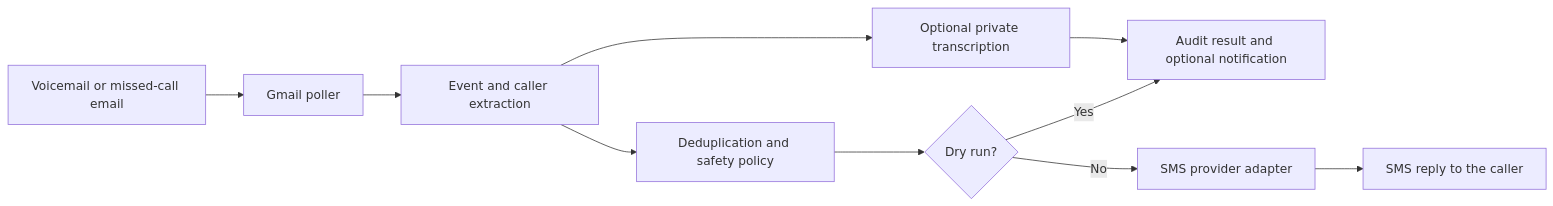
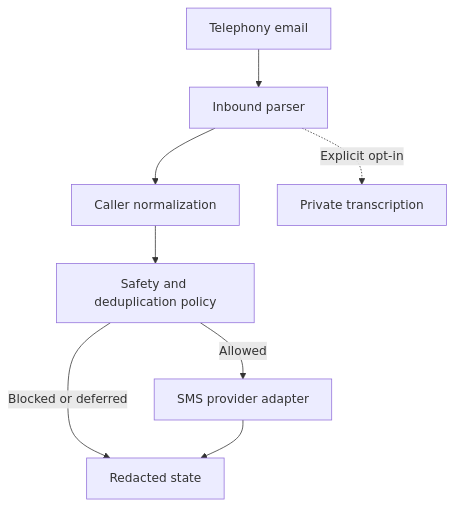
Before and after one commit to christosdvm/Voicemail-SMS-Auto-Reply: the diagram in README.md, drawn with Mermaid. The commit also changed other lines of this file and 18 other files, not shown here.

````diff
--- a/README.md
+++ b/README.md
@@ -59,12 +28,10 @@
 ```mermaid
-flowchart LR
-  A[Voicemail or missed-call email] --> B[Gmail poller]
-  B --> C[Event and caller extraction]
-  C --> D[Deduplication and safety policy]
-  D --> E{Dry run?}
-  E -->|Yes| F[Audit result and optional notification]
-  E -->|No| G[SMS provider adapter]
-  G --> H[SMS reply to the caller]
-  C --> I[Optional private transcription]
-  I --> F
+flowchart TD
+  A[Telephony email] --> B[Inbound parser]
+  B --> C[Caller normalization]
+  C --> D[Safety and deduplication policy]
+  D -->|Allowed| E[SMS provider adapter]
+  D -->|Blocked or deferred| F[Redacted state]
+  E --> F
+  B -. Explicit opt-in .-> G[Private transcription]
 ```
````
